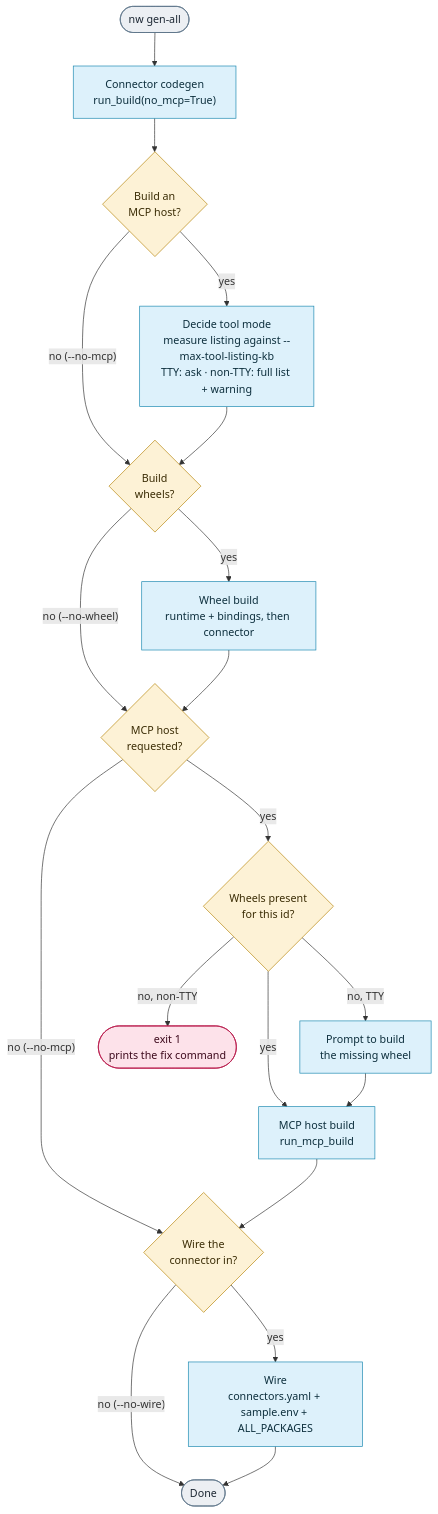
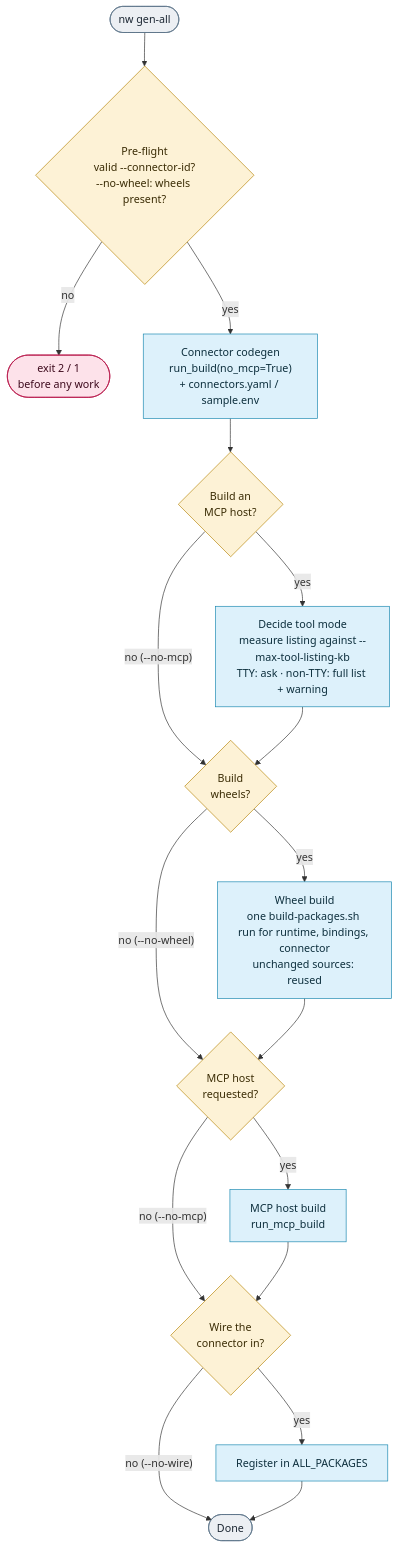
One commit to AOT-Technologies/node-wire changed the diagram in docs/cli/nw-cli.md. Above: the diagram before and after it, drawn with Mermaid. The commit also changed other lines of this file and 114 other files, not shown here.

````diff
--- a/docs/cli/nw-cli.md
+++ b/docs/cli/nw-cli.md
@@ -59,34 +72,32 @@
 ```mermaid
 flowchart TD
-    Start(["nw gen-all"]) --> Connector["Connector codegen<br/>run_build(no_mcp=True)"]
+    Start(["nw gen-all"]) --> Preflight{"Pre-flight<br/>valid --connector-id?<br/>--no-wheel: wheels present?"}
+    Preflight -- "no" --> Fail(["exit 2 / 1<br/>before any work"])
+    Preflight -- "yes" --> Connector["Connector codegen<br/>run_build(no_mcp=True)<br/>+ connectors.yaml / sample.env"]
     Connector --> McpWanted{"Build an<br/>MCP host?"}
 
     McpWanted -- "yes" --> ToolMode["Decide tool mode<br/>measure listing against --max-tool-listing-kb<br/>TTY: ask · non-TTY: full list + warning"]
     McpWanted -- "no (--no-mcp)" --> WheelGate
     ToolMode --> WheelGate{"Build<br/>wheels?"}
 
-    WheelGate -- "yes" --> Wheel["Wheel build<br/>runtime + bindings, then connector"]
+    WheelGate -- "yes" --> Wheel["Wheel build<br/>one build-packages.sh run for runtime, bindings, connector<br/>unchanged sources: reused"]
     WheelGate -- "no (--no-wheel)" --> McpGate
     Wheel --> McpGate{"MCP host<br/>requested?"}
 
-    McpGate -- "yes" --> WheelsPresent{"Wheels present<br/>for this id?"}
+    McpGate -- "yes" --> McpBuild["MCP host build<br/>run_mcp_build"]
     McpGate -- "no (--no-mcp)" --> WireGate
-    WheelsPresent -- "yes" --> McpBuild["MCP host build<br/>run_mcp_build"]
-    WheelsPresent -- "no, TTY" --> Prompt["Prompt to build<br/>the missing wheel"]
-    WheelsPresent -- "no, non-TTY" --> Fail(["exit 1<br/>prints the fix command"])
-    Prompt --> McpBuild
     McpBuild --> WireGate{"Wire the<br/>connector in?"}
 
-    WireGate -- "yes" --> Wire["Wire<br/>connectors.yaml + sample.env + ALL_PACKAGES"]
+    WireGate -- "yes" --> Wire["Register in ALL_PACKAGES"]
     WireGate -- "no (--no-wire)" --> Done(["Done"])
     Wire --> Done
 
     classDef stage fill:#ddf1fb,stroke:#1a88b0,stroke-width:1px,color:#0d2f3d
     classDef gate fill:#fdf2d6,stroke:#b8860b,stroke-width:1px,color:#3a2c05
     classDef term fill:#eceff3,stroke:#5b7387,stroke-width:1px,color:#1c2733
     classDef bad fill:#fde2ea,stroke:#b81548,stroke-width:1px,color:#3d0a1d
-    class Connector,ToolMode,Wheel,McpBuild,Prompt,Wire stage
-    class McpWanted,WheelGate,McpGate,WheelsPresent,WireGate gate
+    class Connector,ToolMode,Wheel,McpBuild,Wire stage
+    class Preflight,McpWanted,WheelGate,McpGate,WireGate gate
     class Start,Done term
     class Fail bad
 ```
````
